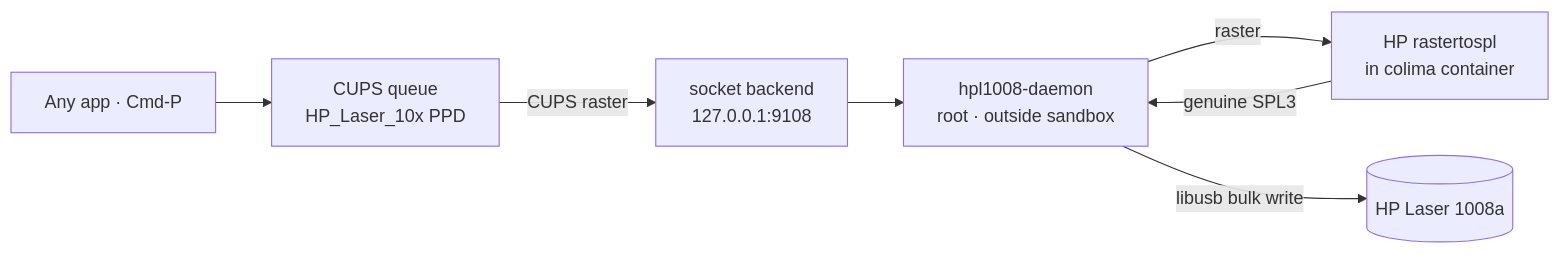
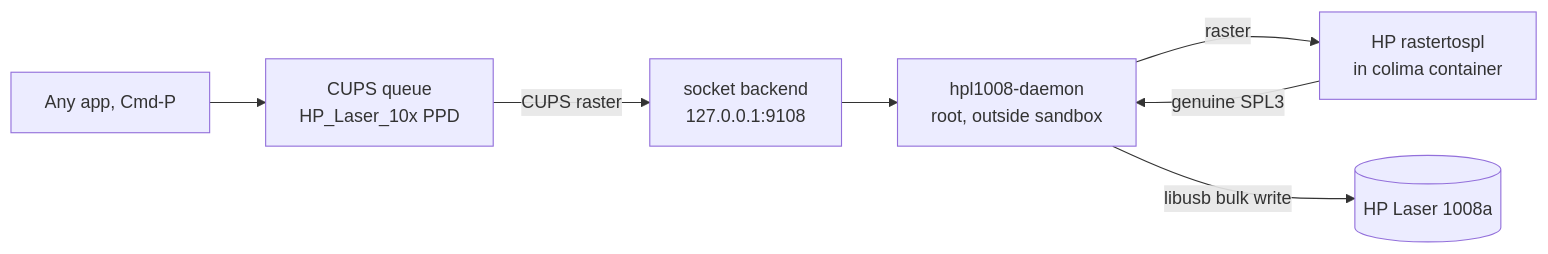
One commit to Joaquim-mph/laser-ML2160-macos changed the diagram in README.md. Above: the diagram before and after it, drawn with Mermaid. The commit also changed other lines of this file and 4 other files, not shown here.

````diff
--- a/README.md
+++ b/README.md
@@ -38,9 +61,9 @@
 ```mermaid
 flowchart LR
-    A[Any app · Cmd-P] --> B[CUPS queue<br/>HP_Laser_10x PPD]
+    A[Any app, Cmd-P] --> B[CUPS queue<br/>HP_Laser_10x PPD]
     B -->|CUPS raster| C[socket backend<br/>127.0.0.1:9108]
-    C --> D[hpl1008-daemon<br/>root · outside sandbox]
+    C --> D[hpl1008-daemon<br/>root, outside sandbox]
     D -->|raster| E[HP rastertospl<br/>in colima container]
     E -->|genuine SPL3| D
     D -->|libusb bulk write| F[(HP Laser 1008a)]
 ```
````
